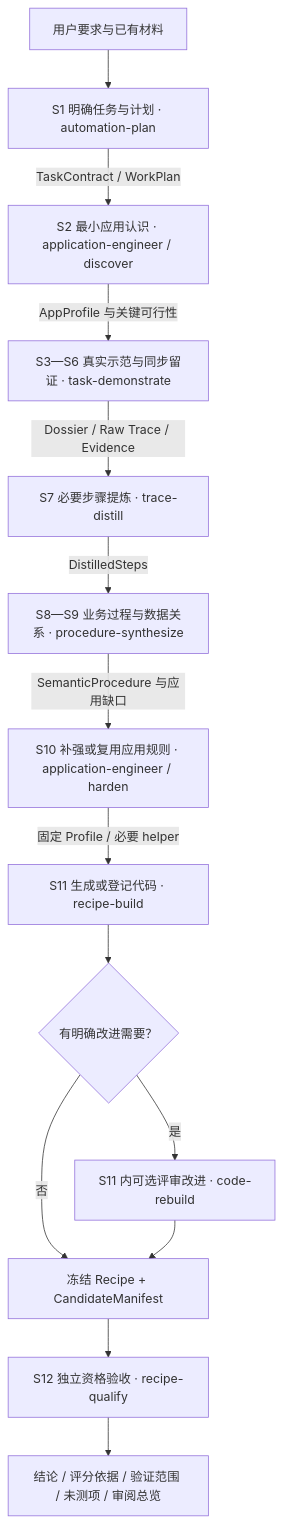
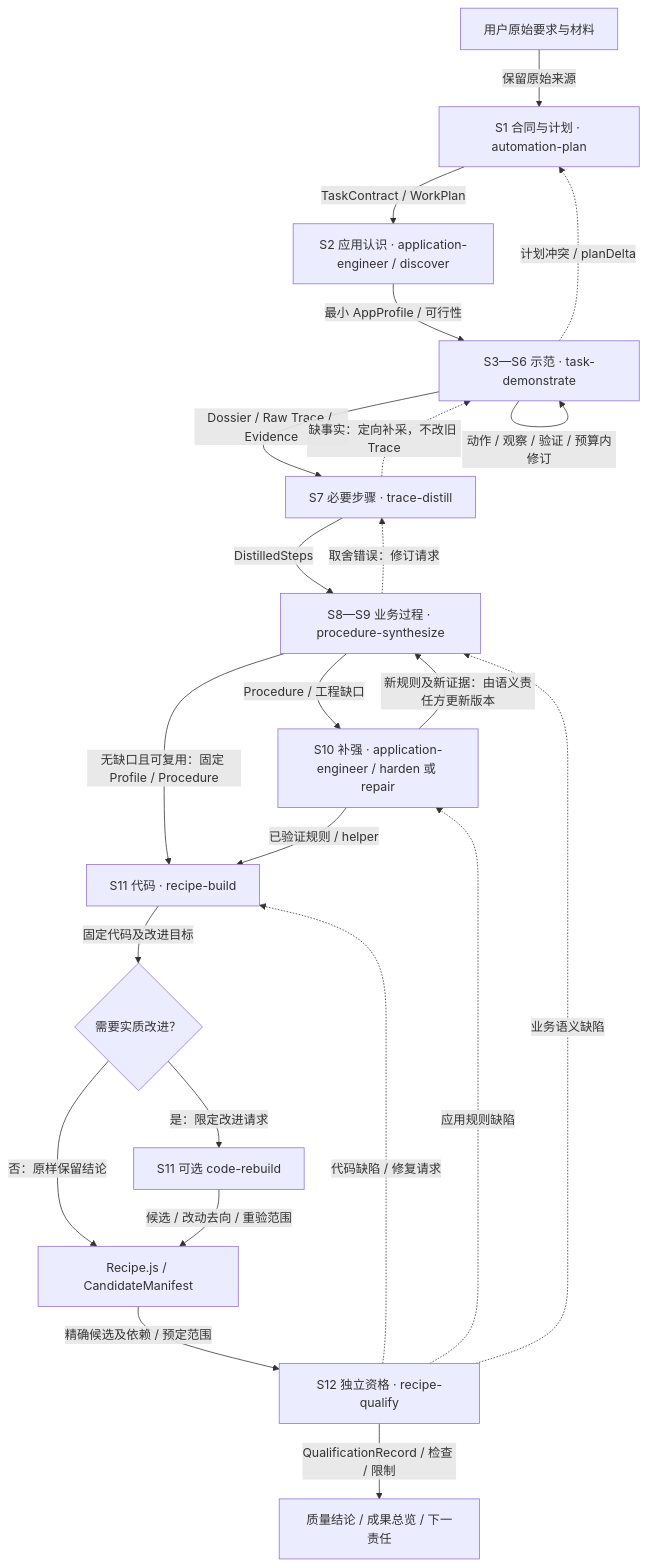
One commit to shopable-ai/opendesk changed the diagram in workflows/agent-to-recipe/design/acceptance-map.md. Above: the diagram before and after it, drawn with Mermaid. The commit also changed other lines of this file and 10 other files, not shown here.

First line of the commit message:
fix(agent-to-recipe): enforce semantic handoff and bounded adjacent evaluation

````diff
--- a/workflows/agent-to-recipe/design/acceptance-map.md
+++ b/workflows/agent-to-recipe/design/acceptance-map.md
@@ -30,16 +30,25 @@
 ```mermaid
 flowchart TD
-  U[用户要求与已有材料] --> P["S1 明确任务与计划 · automation-plan"]
-  P -->|TaskContract / WorkPlan| A["S2 最小应用认识 · application-engineer / discover"]
-  A -->|AppProfile 与关键可行性| D["S3—S6 真实示范与同步留证 · task-demonstrate"]
-  D -->|Dossier / Raw Trace / Evidence| T["S7 必要步骤提炼 · trace-distill"]
-  T -->|DistilledSteps| S["S8—S9 业务过程与数据关系 · procedure-synthesize"]
-  S -->|SemanticProcedure 与应用缺口| H["S10 补强或复用应用规则 · application-engineer / harden"]
-  H -->|固定 Profile / 必要 helper| B["S11 生成或登记代码 · recipe-build"]
-  B --> R{有明确改进需要？}
-  R -->|是| C["S11 内可选评审改进 · code-rebuild"]
-  R -->|否| F[冻结 Recipe + CandidateManifest]
-  C --> F
-  F --> Q["S12 独立资格验收 · recipe-qualify"]
-  Q --> O["结论 / 评分依据 / 验证范围 / 未测项 / 审阅总览"]
+  U[用户原始要求与材料] -->|保留原始来源| P["S1 合同与计划 · automation-plan"]
+  P -->|TaskContract / WorkPlan| A["S2 应用认识 · application-engineer / discover"]
+  A -->|最小 AppProfile / 可行性| D["S3—S6 示范 · task-demonstrate"]
+  D -->|动作 / 观察 / 验证 / 预算内修订| D
+  D -.->|计划冲突 / planDelta| P
+  D -->|Dossier / Raw Trace / Evidence| T["S7 必要步骤 · trace-distill"]
+  T -.->|缺事实：定向补采，不改旧 Trace| D
+  T -->|DistilledSteps| S["S8—S9 业务过程 · procedure-synthesize"]
+  S -.->|取舍错误：修订请求| T
+  S -->|Procedure / 工程缺口| H["S10 补强 · application-engineer / harden 或 repair"]
+  S -->|无缺口且可复用：固定 Profile / Procedure| B["S11 代码 · recipe-build"]
+  H -->|新规则及新证据：由语义责任方更新版本| S
+  H -->|已验证规则 / helper| B
+  B -->|固定代码及改进目标| R{需要实质改进？}
+  R -->|是：限定改进请求| C["S11 可选 code-rebuild"]
+  R -->|否：原样保留结论| F[Recipe.js / CandidateManifest]
+  C -->|候选 / 改动去向 / 重验范围| F
+  F -->|精确候选及依赖 / 预定范围| Q["S12 独立资格 · recipe-qualify"]
+  Q -.->|代码缺陷 / 修复请求| B
+  Q -.->|应用规则缺陷| H
+  Q -.->|业务语义缺陷| S
+  Q -->|QualificationRecord / 检查 / 限制| O[质量结论 / 成果总览 / 下一责任]
 ```
````
